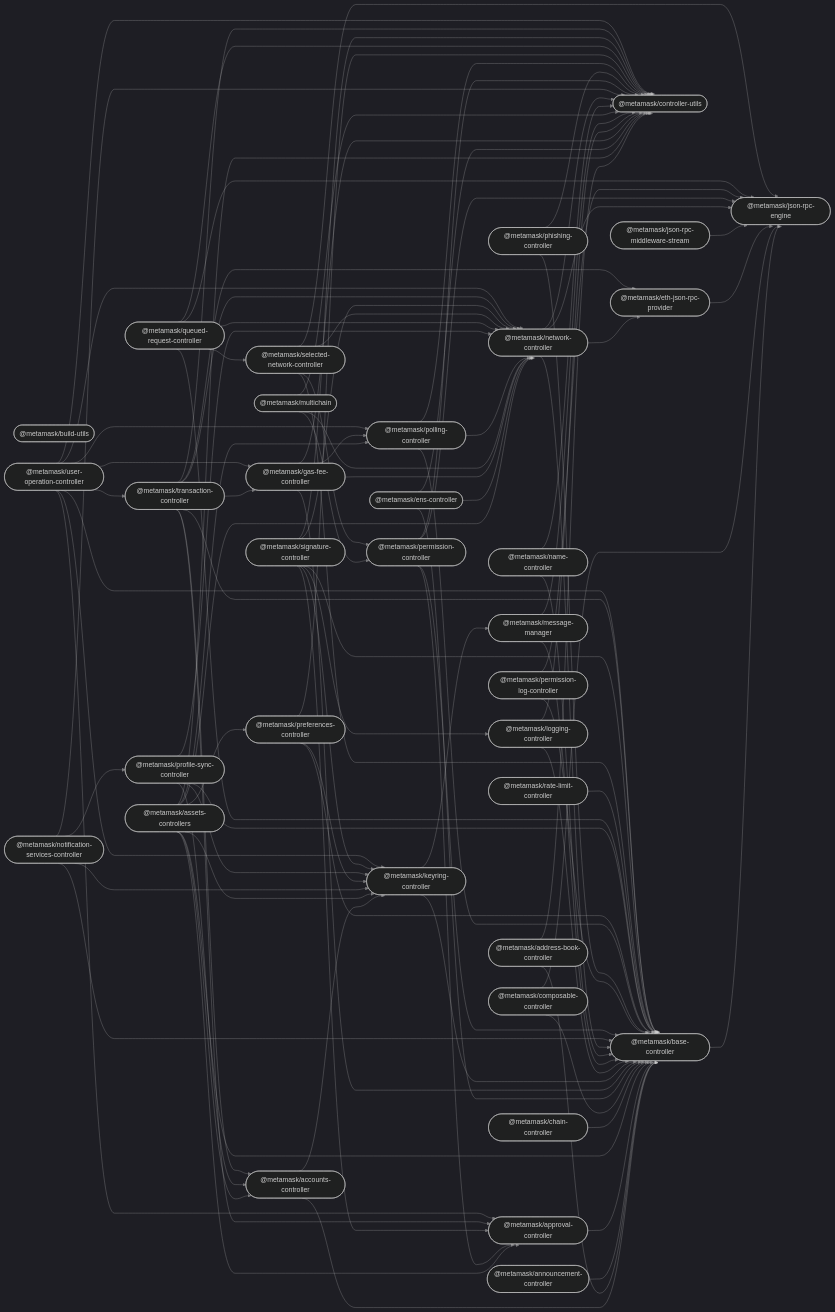
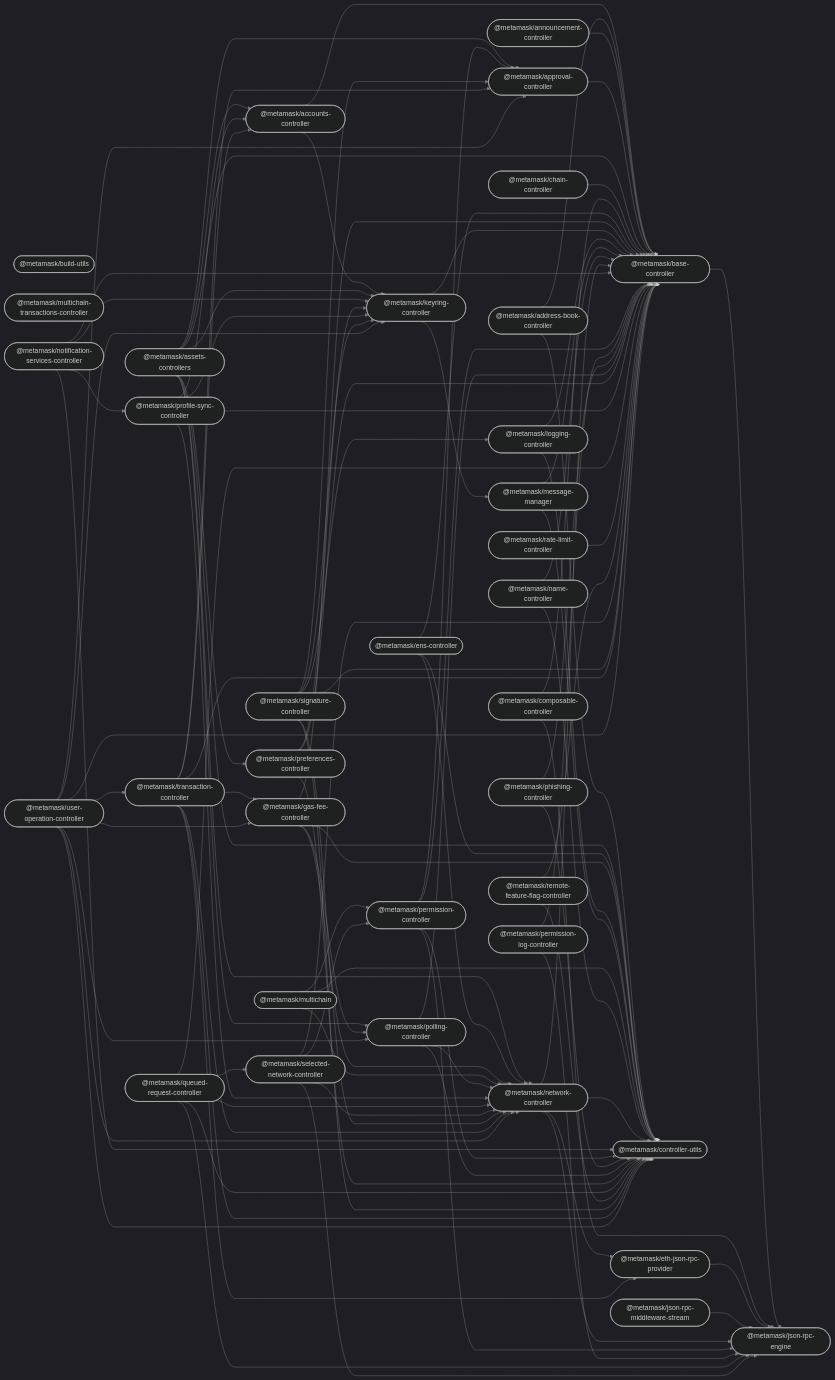
The diagram in README.md (MetaMask/core), drawn with Mermaid (dark theme) before and after one commit. The commit also changed other lines of this file and 16 other files, not shown here.

```diff
--- a/README.md
+++ b/README.md
@@ -82,6 +84,7 @@
   logging_controller(["@metamask/logging-controller"]);
   message_manager(["@metamask/message-manager"]);
   multichain(["@metamask/multichain"]);
+  multichain_transactions_controller(["@metamask/multichain-transactions-controller"]);
   name_controller(["@metamask/name-controller"]);
   network_controller(["@metamask/network-controller"]);
   notification_services_controller(["@metamask/notification-services-controller"]);
@@ -93,6 +96,7 @@
   profile_sync_controller(["@metamask/profile-sync-controller"]);
   queued_request_controller(["@metamask/queued-request-controller"]);
   rate_limit_controller(["@metamask/rate-limit-controller"]);
+  remote_feature_flag_controller(["@metamask/remote-feature-flag-controller"]);
   selected_network_controller(["@metamask/selected-network-controller"]);
   signature_controller(["@metamask/signature-controller"]);
   transaction_controller(["@metamask/transaction-controller"]);
@@ -167,6 +171,8 @@
   queued_request_controller --> network_controller;
   queued_request_controller --> selected_network_controller;
   rate_limit_controller --> base_controller;
+  remote_feature_flag_controller --> base_controller;
+  remote_feature_flag_controller --> controller_utils;
   selected_network_controller --> base_controller;
   selected_network_controller --> json_rpc_engine;
   selected_network_controller --> network_controller;
```
